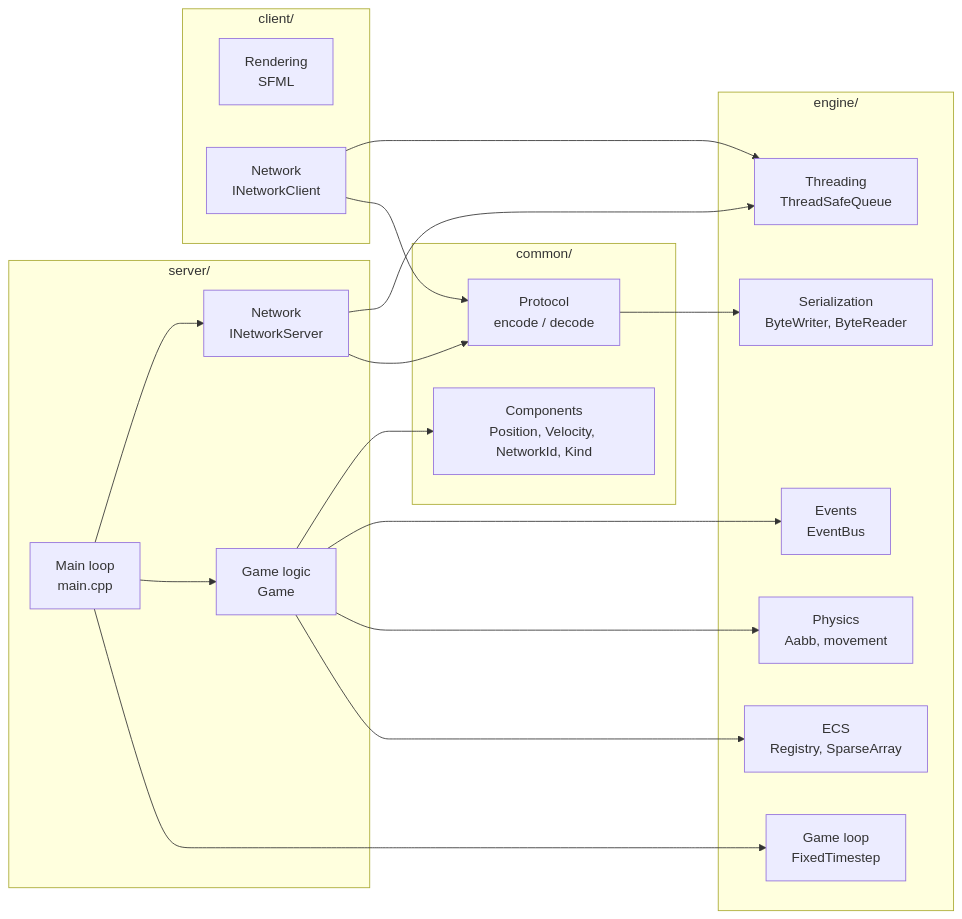
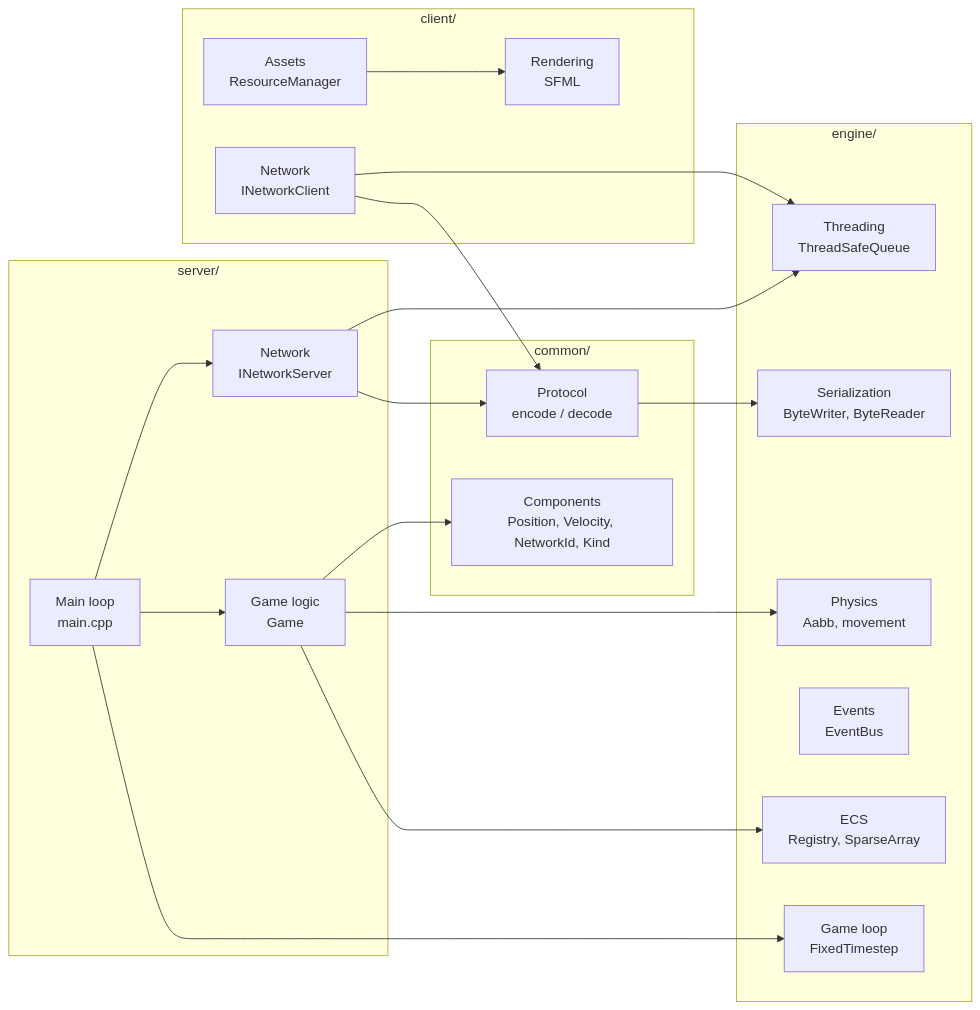
One commit to Nivek-Hyn/epitech-rtype changed the second of 6 diagrams in docs/architecture.md. Above: the diagram before and after it, drawn with Mermaid. The commit also changed other lines of this file and 6 other files, not shown here.

````diff
--- a/docs/architecture.md
+++ b/docs/architecture.md
@@ -45,36 +45,37 @@
 ```mermaid
 flowchart LR
     subgraph Engine["engine/"]
         ECS["ECS<br/>Registry, SparseArray"]
         Loop["Game loop<br/>FixedTimestep"]
         Physics["Physics<br/>Aabb, movement"]
         Events["Events<br/>EventBus"]
         Bytes["Serialization<br/>ByteWriter, ByteReader"]
         Queue["Threading<br/>ThreadSafeQueue"]
     end
     subgraph Common["common/"]
         Protocol["Protocol<br/>encode / decode"]
         Components["Components<br/>Position, Velocity, NetworkId, Kind"]
     end
     subgraph Server["server/"]
         ServerMain["Main loop<br/>main.cpp"]
         Game["Game logic<br/>Game"]
         ServerNet["Network<br/>INetworkServer"]
     end
     subgraph Client["client/"]
         Render["Rendering<br/>SFML"]
+        Resources["Assets<br/>ResourceManager"]
         ClientNet["Network<br/>INetworkClient"]
     end
     Protocol --> Bytes
     ServerMain --> Loop
     ServerMain --> Game
     ServerMain --> ServerNet
     Game --> ECS
     Game --> Physics
-    Game --> Events
     Game --> Components
     ServerNet --> Protocol
     ServerNet --> Queue
     ClientNet --> Protocol
     ClientNet --> Queue
+    Resources --> Render
 ```
````
